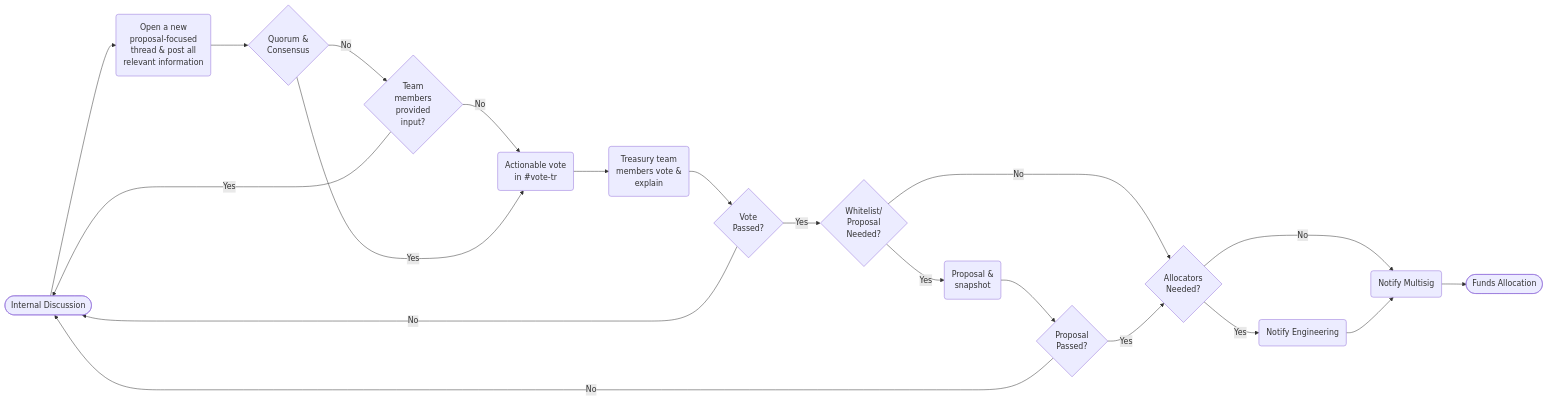
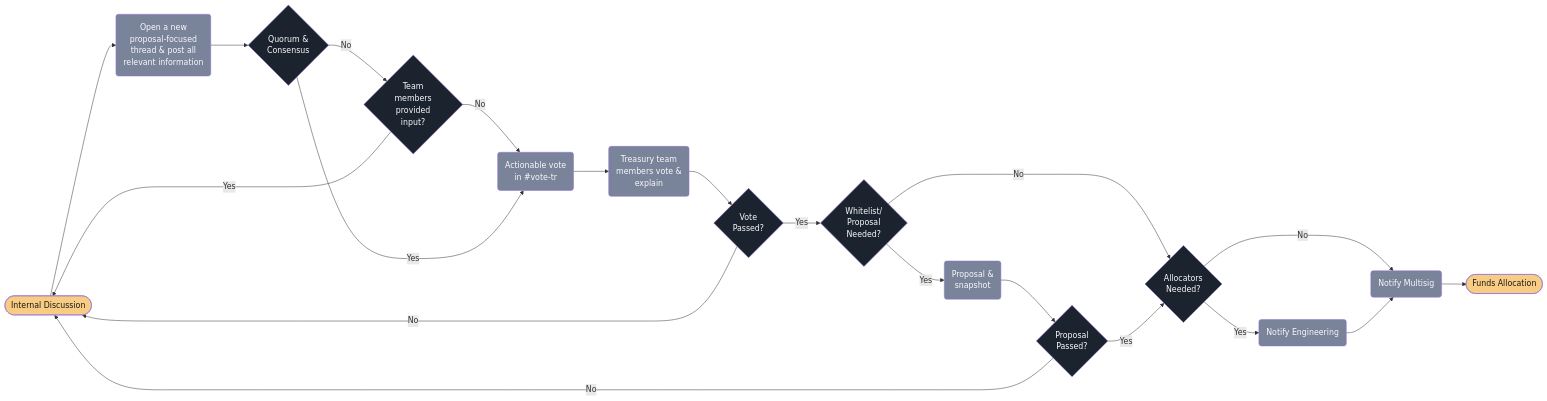
The diagram in literature-content/treasury-process.mmd (OlympusDAO-Education/Documentation), drawn with Mermaid before and after one commit. The commit also changed 2 other files, not shown here.

Commit message:
Add styling to diagrams

```diff
--- a/literature-content/treasury-process.mmd
+++ b/literature-content/treasury-process.mmd
@@ -1,38 +1,41 @@
 flowchart LR
 %%{init:{'flowchart':{'nodeSpacing': 300}}}%%
 %% Nodes
-    InternalDiscussion([Internal Discussion])
-    NewProposal(Open a new<br>proposal-focused<br>thread & post all<br>relevant information)
-    Quorom{Quorum &<br>Consensus}
-    TeamInput{Team<br>members<br>provided<br>input?}
-    ActionableVote(Actionable vote<br>in #vote-tr)
-    TreasuryVote(Treasury team<br>members vote &<br>explain)
-    VotePassed{Vote<br>Passed?}
-    ProposalNeeded{Whitelist/<br>Proposal<br>Needed?}
-    ProposalSnapshot(Proposal &<br>snapshot)
-    ProposalPassed{Proposal<br>Passed?}
-    AllocatorsNeeded{Allocators<br>Needed?}
-    NotifyMultisig(Notify Multisig)
-    NotifyEngineering(Notify Engineering)
-    FundsAllocation([Funds Allocation])
+    InternalDiscussion([Internal Discussion]):::gold
+    NewProposal(Open a new<br>proposal-focused<br>thread & post all<br>relevant information):::blue
+    Quorom{Quorum &<br>Consensus}:::dark
+    TeamInput{Team<br>members<br>provided<br>input?}:::dark
+    ActionableVote(Actionable vote<br>in #vote-tr):::blue
+    TreasuryVote(Treasury team<br>members vote &<br>explain):::blue
+    VotePassed{Vote<br>Passed?}:::dark
+    ProposalNeeded{Whitelist/<br>Proposal<br>Needed?}:::dark
+    ProposalSnapshot(Proposal &<br>snapshot):::blue
+    ProposalPassed{Proposal<br>Passed?}:::dark
+    AllocatorsNeeded{Allocators<br>Needed?}:::dark
+    NotifyMultisig(Notify Multisig):::blue
+    NotifyEngineering(Notify Engineering):::blue
+    FundsAllocation([Funds Allocation]):::gold
 %% Edges
     InternalDiscussion-->NewProposal
     NewProposal-->Quorom
     Quorom-->|No|TeamInput
     TeamInput-->|No|ActionableVote
     TeamInput-->|Yes|InternalDiscussion
     Quorom-->|Yes|ActionableVote
     ActionableVote-->TreasuryVote
     TreasuryVote-->VotePassed
     VotePassed-->|No|InternalDiscussion
     VotePassed-->|Yes|ProposalNeeded
     ProposalNeeded-->|No|AllocatorsNeeded
     ProposalNeeded-->|Yes|ProposalSnapshot
     ProposalSnapshot-->ProposalPassed
     ProposalPassed-->|No|InternalDiscussion
     ProposalPassed-->|Yes|AllocatorsNeeded
     AllocatorsNeeded-->|No|NotifyMultisig
     AllocatorsNeeded-->|Yes|NotifyEngineering
     NotifyEngineering-->NotifyMultisig
     NotifyMultisig-->FundsAllocation
 %% Styles
+    classDef blue fill:#798399,color:#fafafb;
+    classDef dark fill:#1b232f,color:#fafafb;
+    classDef gold fill:#f8cc82,color:#181a1d;
```
